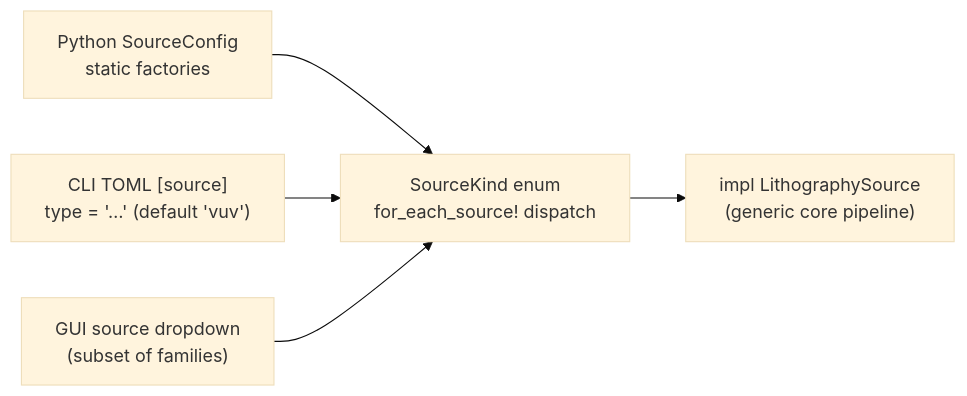
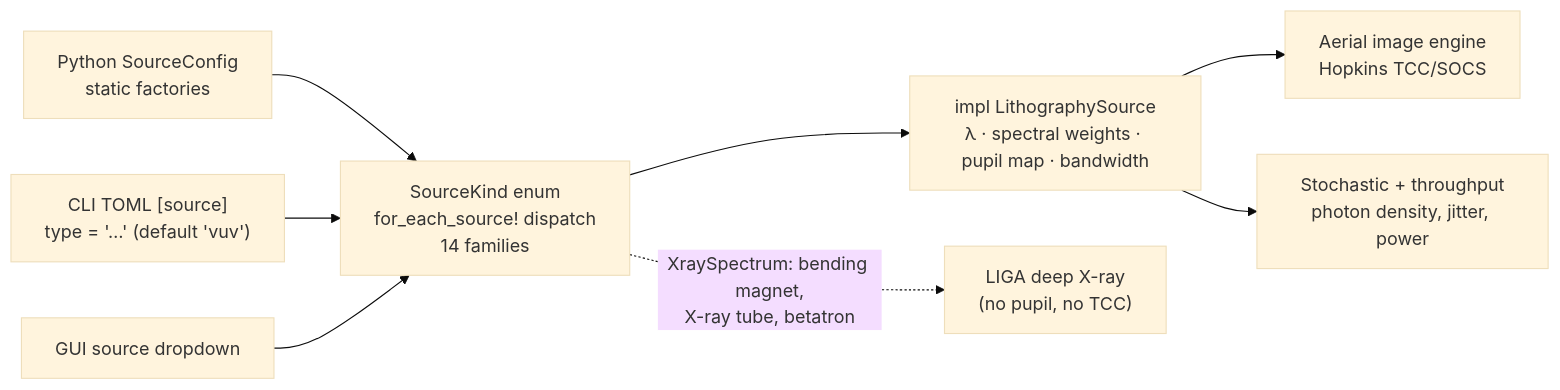
Before and after one commit to sonoransun/highuvlith: the diagram in docs/sources/index.md, drawn with Mermaid (base theme). The commit also changed other lines of this file and 615 other files, not shown here.

````diff
--- a/docs/sources/index.md
+++ b/docs/sources/index.md
@@ -178,7 +228,10 @@
 ```mermaid
 flowchart LR
     PY["Python SourceConfig<br/>static factories"] --> SK
     CLI["CLI TOML [source]<br/>type = '…' (default 'vuv')"] --> SK
-    GUI["GUI source dropdown<br/>(subset of families)"] --> SK
-    SK["SourceKind enum<br/>for_each_source! dispatch"] --> TRAIT["impl LithographySource<br/>(generic core pipeline)"]
+    GUI["GUI source dropdown"] --> SK
+    SK["SourceKind enum<br/>for_each_source! dispatch<br/>14 families"] --> TRAIT["impl LithographySource<br/>λ · spectral weights · pupil map · bandwidth"]
+    TRAIT --> AER["Aerial image engine<br/>Hopkins TCC/SOCS"]
+    TRAIT --> STO["Stochastic + throughput<br/>photon density, jitter, power"]
+    SK -.->|"XraySpectrum: bending magnet,<br/>X-ray tube, betatron"| DXR["LIGA deep X-ray<br/>(no pupil, no TCC)"]
 ```
````
